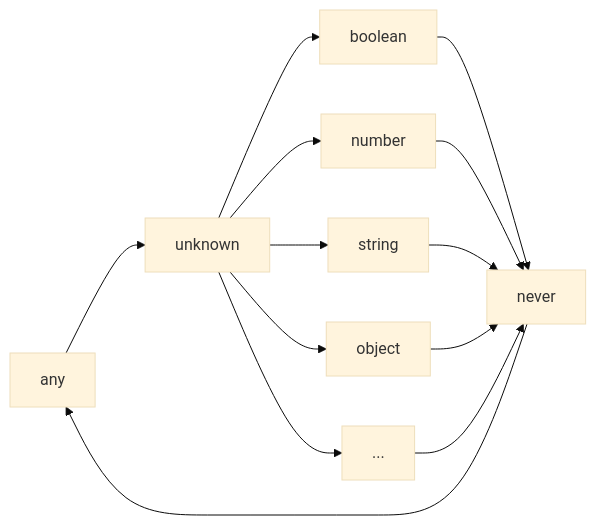
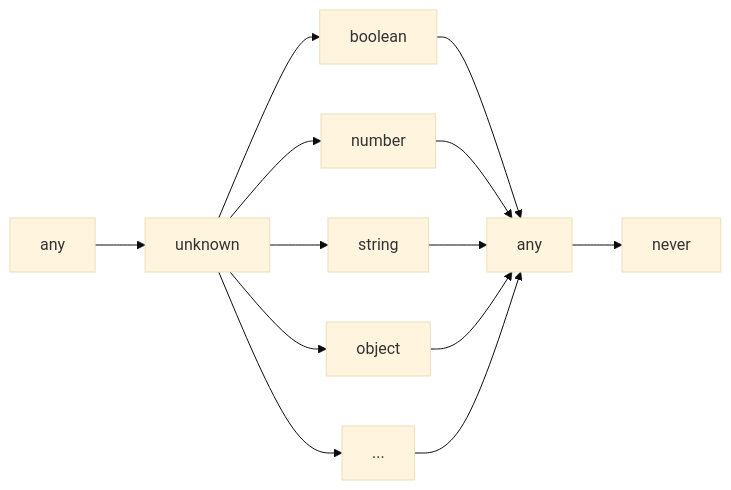
The diagram in 我在 typescript 写柯里化用到的类型经验/我在 typescript 写柯里化用到的类型经验.md (iplaylf2/JavaScript-Articles), drawn with Mermaid (base theme) before and after one commit. The commit also changed other lines of this file, not shown here.

````diff
--- a/我在 typescript 写柯里化用到的类型经验/我在 typescript 写柯里化用到的类型经验.md
+++ b/我在 typescript 写柯里化用到的类型经验/我在 typescript 写柯里化用到的类型经验.md
@@ -99,13 +122,13 @@
 ```mermaid
 flowchart LR
+  any --> unknown
 
-  any --> unknown 
+  any2[any]
+  any2 --> never
 
-  unknown --> boolean --> never
-  unknown --> number --> never
-  unknown --> string --> never
-  unknown --> object  --> never
-  unknown --> x1[...] --> never
-
-  never --> any
+  unknown --> boolean --> any2
+  unknown --> number --> any2
+  unknown --> string --> any2
+  unknown --> object --> any2
+  unknown --> rest[...] --> any2
 ```
````
